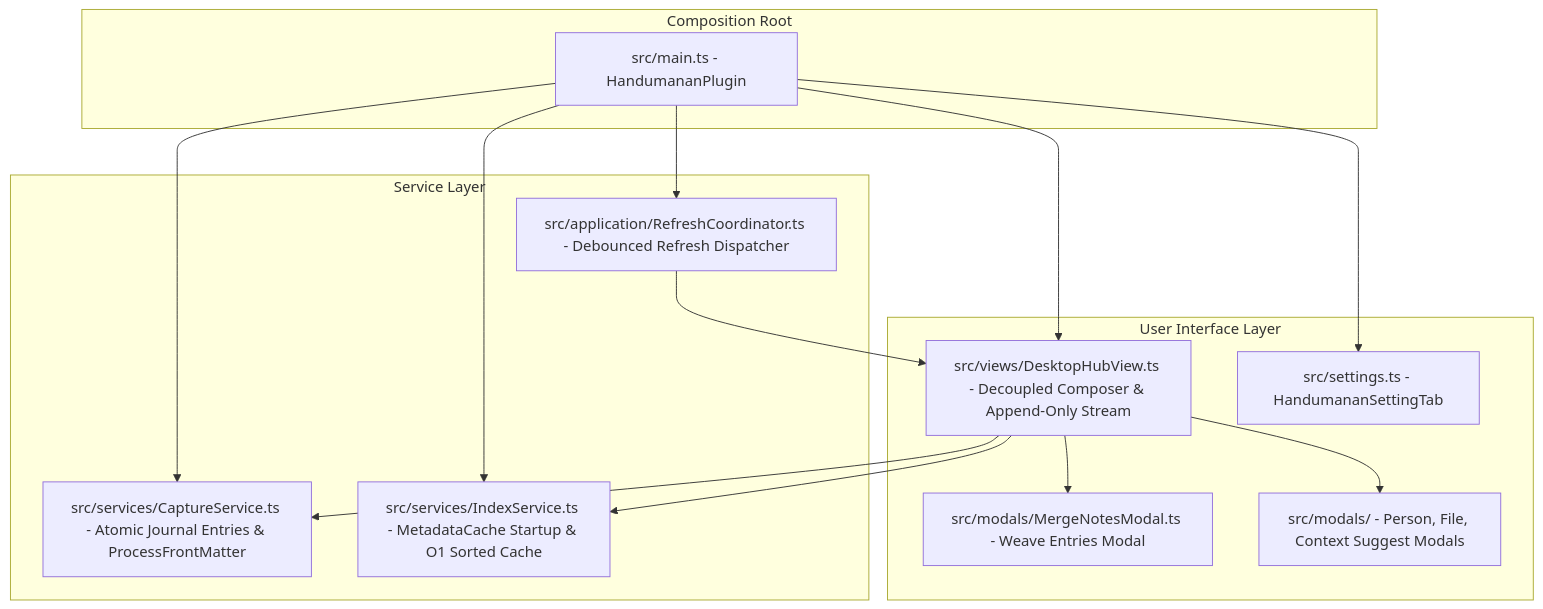
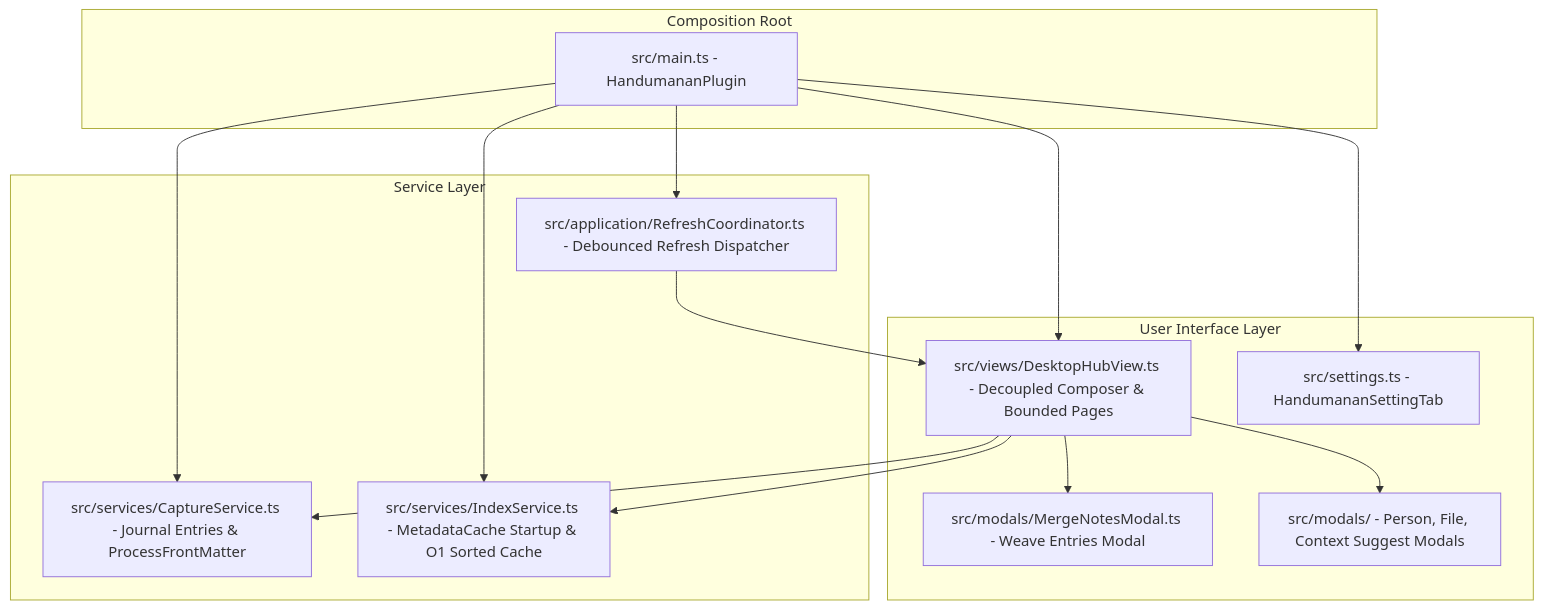
One commit to emperorKDSR/obsidian_handumanan changed the diagram in memory-bank/systemPatterns.md. Above: the diagram before and after it, drawn with Mermaid. The commit also changed other lines of this file and 51 other files, not shown here.

````diff
--- a/memory-bank/systemPatterns.md
+++ b/memory-bank/systemPatterns.md
@@ -14,31 +14,31 @@
 ```mermaid
 flowchart TD
     subgraph Composition Root
         Main[src/main.ts - HandumananPlugin]
     end
 
     subgraph Service Layer
-        Cap[src/services/CaptureService.ts - Atomic Journal Entries & ProcessFrontMatter]
+        Cap[src/services/CaptureService.ts - Journal Entries & ProcessFrontMatter]
         Index[src/services/IndexService.ts - MetadataCache Startup & O1 Sorted Cache]
         Ref[src/application/RefreshCoordinator.ts - Debounced Refresh Dispatcher]
     end
 
     subgraph User Interface Layer
-        Hub[src/views/DesktopHubView.ts - Decoupled Composer & Append-Only Stream]
+        Hub[src/views/DesktopHubView.ts - Decoupled Composer & Bounded Pages]
         MergeModal[src/modals/MergeNotesModal.ts - Weave Entries Modal]
         SuggestModals[src/modals/ - Person, File, Context Suggest Modals]
         Settings[src/settings.ts - HandumananSettingTab]
     end
 
     Main --> Cap
     Main --> Index
     Main --> Ref
     Main --> Hub
     Main --> Settings
 
     Ref --> Hub
     Hub --> Cap
     Hub --> Index
     Hub --> MergeModal
     Hub --> SuggestModals
 ```
````
